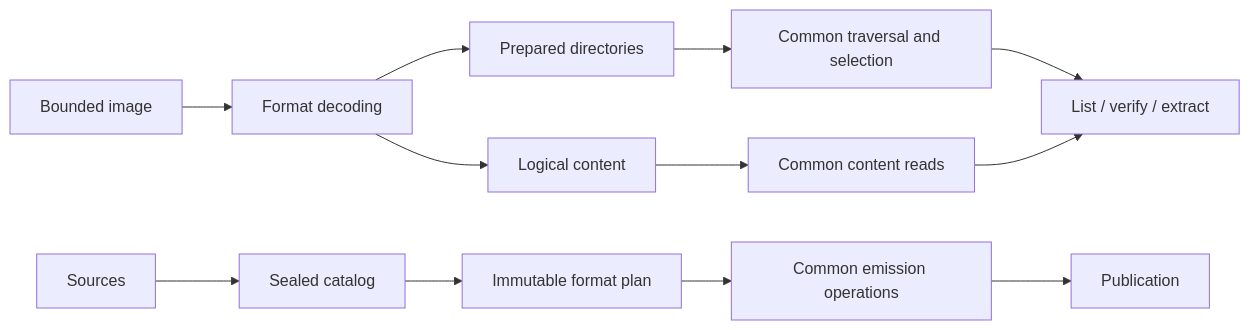
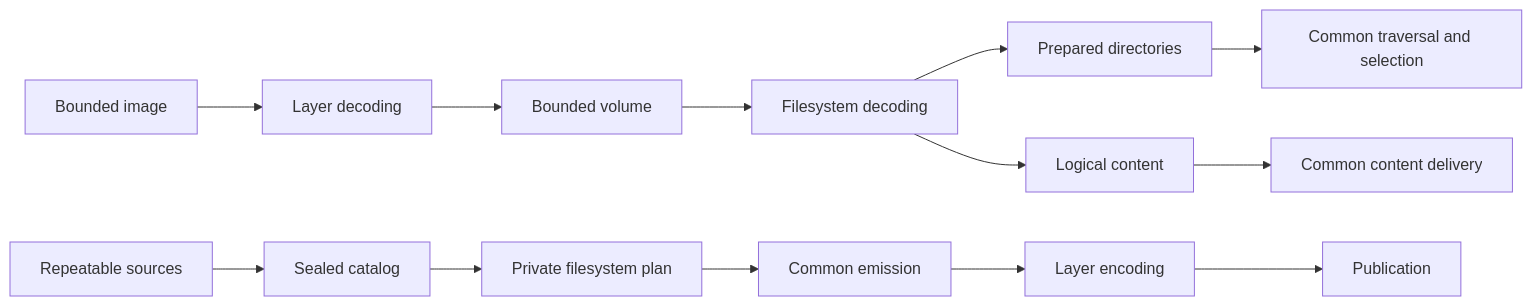
Before and after one commit to stass/fsimg: the first of 2 diagrams in docs/architecture-analysis.md, drawn with Mermaid. The commit also changed other lines of this file, not shown here.

Commit message:
Consolidate architecture simplification and Relic proposals

````diff
--- a/docs/architecture-analysis.md
+++ b/docs/architecture-analysis.md
@@ -23,15 +33,15 @@
 ```mermaid
 flowchart LR
-    Image[Bounded image] --> Decode[Format decoding]
+    Input[Bounded image] --> Layers[Layer decoding]
+    Layers --> Volume[Bounded volume]
+    Volume --> Decode[Filesystem decoding]
     Decode --> Directory[Prepared directories]
     Decode --> Content[Logical content]
-    Directory --> Walker[Common traversal and selection]
-    Content --> Reads[Common content reads]
-    Walker --> Operations[List / verify / extract]
-    Reads --> Operations
-
-    Sources --> Catalog[Sealed catalog]
-    Catalog --> Plan[Immutable format plan]
-    Plan --> Emit[Common emission operations]
-    Emit --> Publish[Publication]
+    Directory --> Walk[Common traversal and selection]
+    Content --> Delivery[Common content delivery]
+    Sources[Repeatable sources] --> Catalog[Sealed catalog]
+    Catalog --> Plan[Private filesystem plan]
+    Plan --> Emit[Common emission]
+    Emit --> Encode[Layer encoding]
+    Encode --> Publish[Publication]
 ```
````
